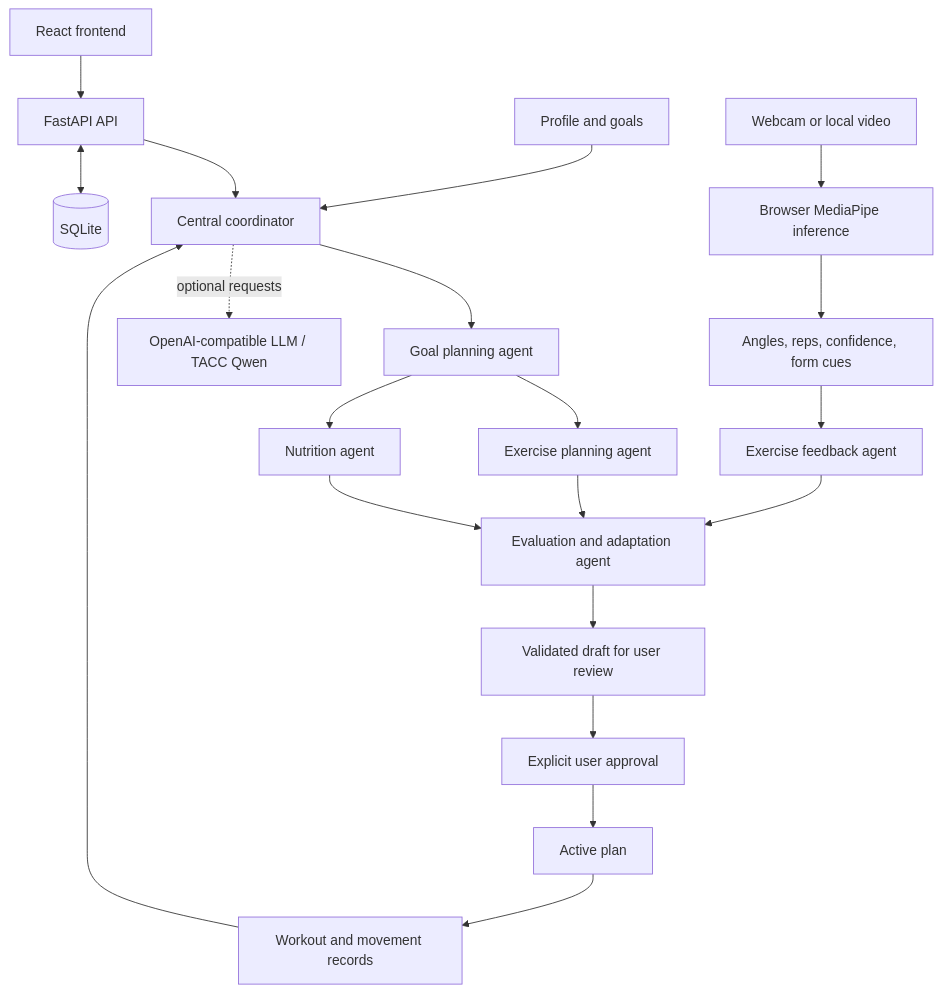
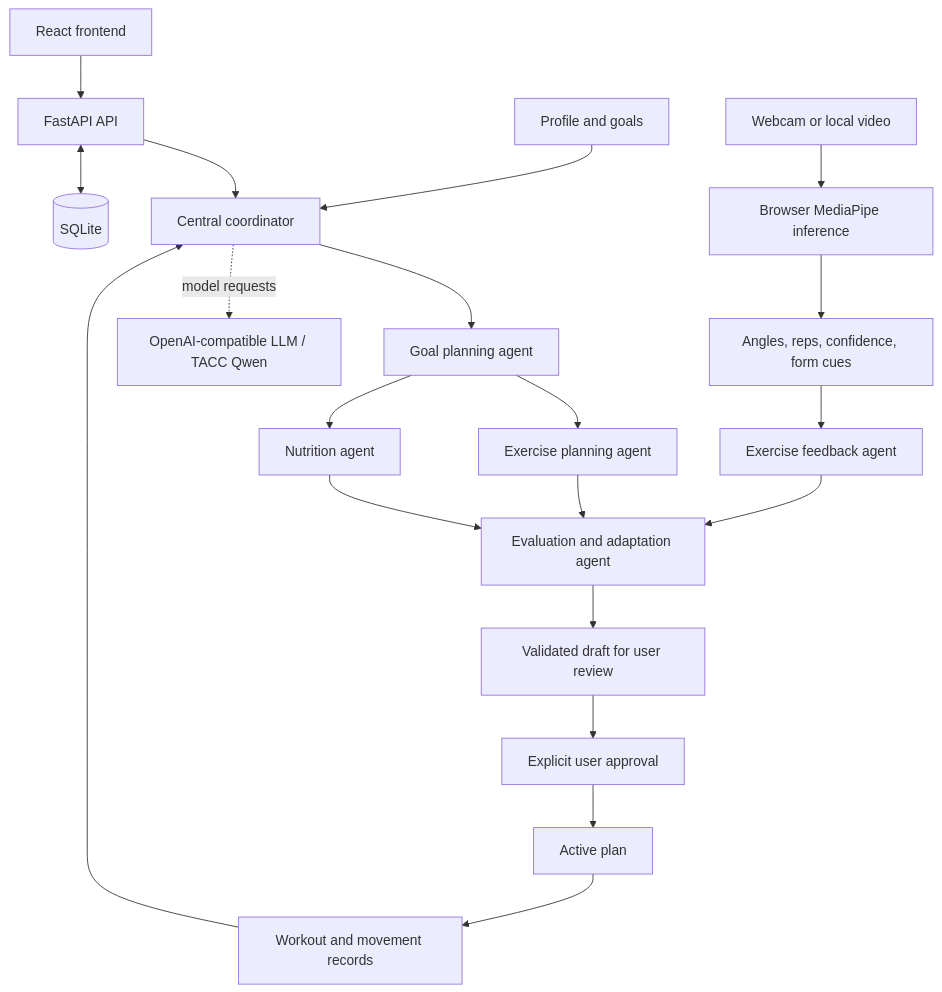
The diagram in docs/IMPLEMENTATION.md (h4r1yzz/csit6000v-project), drawn with Mermaid before and after one commit. The commit also changed other lines of this file and 29 other files, not shown here.

````diff
--- a/docs/IMPLEMENTATION.md
+++ b/docs/IMPLEMENTATION.md
@@ -7,22 +7,22 @@
 ```mermaid
 flowchart TD
     UI[React frontend] --> API[FastAPI API]
     Profile[Profile and goals] --> Coordinator[Central coordinator]
     API --> Coordinator
     Coordinator --> Goal[Goal planning agent]
     Goal --> Exercise[Exercise planning agent]
     Goal --> Nutrition[Nutrition agent]
     Exercise --> Evaluation[Evaluation and adaptation agent]
     Nutrition --> Evaluation
     Feedback[Exercise feedback agent] --> Evaluation
     Evaluation --> Draft[Validated draft for user review]
     Draft --> Approval[Explicit user approval]
     Approval --> Active[Active plan]
     Active --> Progress[Workout and movement records]
     Progress --> Coordinator
     Camera[Webcam or local video] --> MediaPipe[Browser MediaPipe inference]
     MediaPipe --> Metrics[Angles, reps, confidence, form cues]
     Metrics --> Feedback
     API <--> DB[(SQLite)]
-    Coordinator -. optional requests .-> LLM[OpenAI-compatible LLM / TACC Qwen]
+    Coordinator -. model requests .-> LLM[OpenAI-compatible LLM / TACC Qwen]
 ```
````
